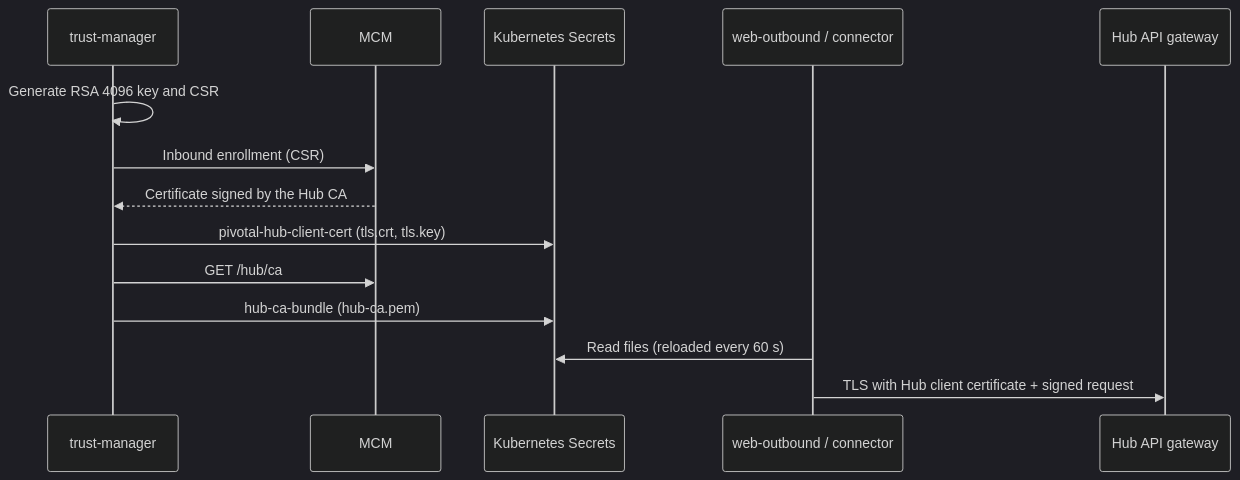
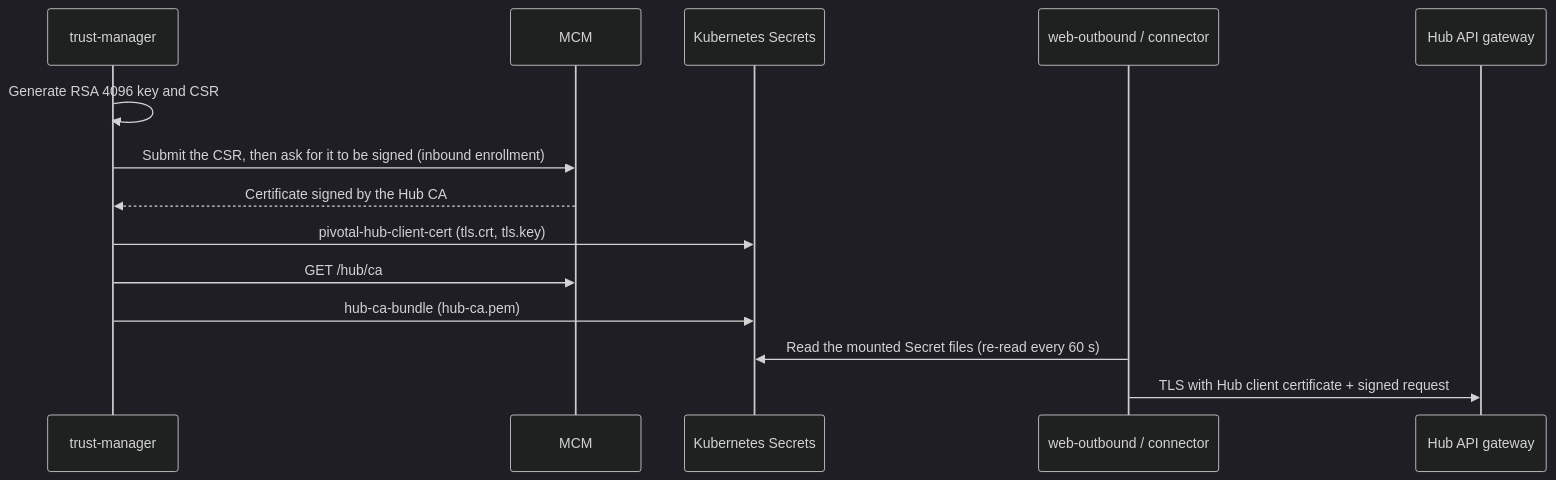
One commit to ThitsaX/pivotal changed the diagram in docs/guide/security/setup/common/enable-hub-facing-outbound.md. Above: the diagram before and after it, drawn with Mermaid (dark theme). The commit also changed 3 other files, not shown here.

Commit message:
docs: make the guide diagrams match the code and keep their labels readable

````diff
--- a/docs/guide/security/setup/common/enable-hub-facing-outbound.md
+++ b/docs/guide/security/setup/common/enable-hub-facing-outbound.md
@@ -22,16 +22,16 @@
 ```mermaid
 sequenceDiagram
     participant T as trust-manager
     participant M as MCM
     participant S as Kubernetes Secrets
     participant O as web-outbound / connector
     participant H as Hub API gateway
     T->>T: Generate RSA 4096 key and CSR
-    T->>M: Inbound enrollment (CSR)
+    T->>M: Submit the CSR, then ask for it to be signed (inbound enrollment)
     M-->>T: Certificate signed by the Hub CA
     T->>S: pivotal-hub-client-cert (tls.crt, tls.key)
     T->>M: GET /hub/ca
     T->>S: hub-ca-bundle (hub-ca.pem)
-    O->>S: Read files (reloaded every 60 s)
+    O->>S: Read the mounted Secret files (re-read every 60 s)
     O->>H: TLS with Hub client certificate + signed request
 ```
````
